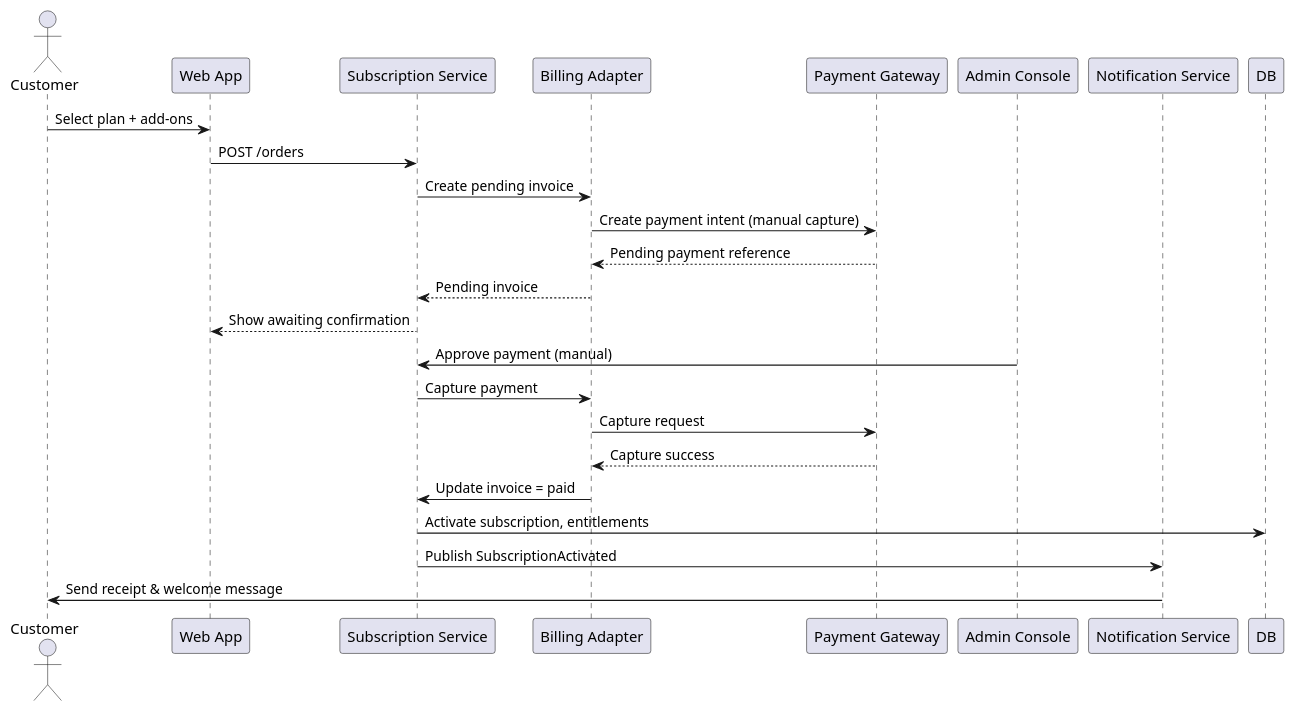
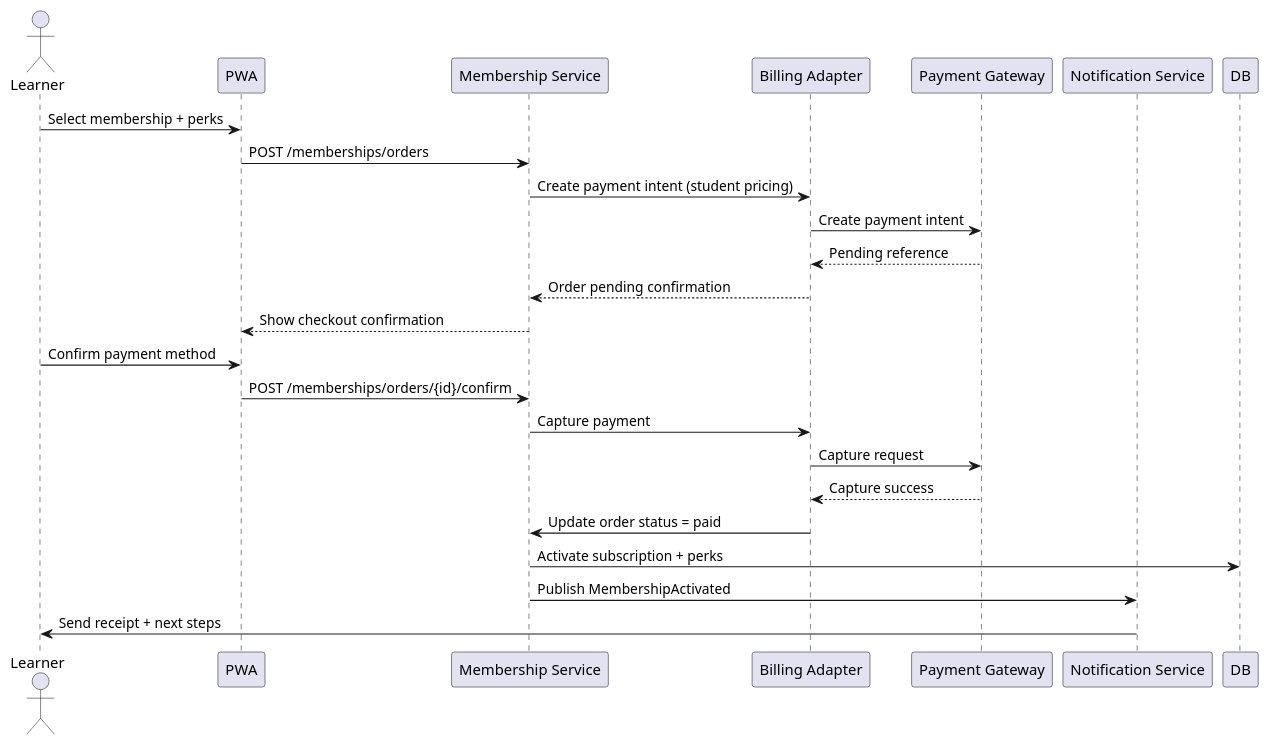
Before and after one commit to tuananh582/demoPT: the second of 5 diagrams in docs/05-LLD/SequenceDiagrams.md, drawn with PlantUML. The commit also changed other lines of this file and 52 other files, not shown here.

````diff
--- a/docs/05-LLD/SequenceDiagrams.md
+++ b/docs/05-LLD/SequenceDiagrams.md
@@ -26,27 +26,27 @@
 ```plantuml
 @startuml
-actor Customer
-participant "Web App" as UI
-participant "Subscription Service" as SUB
+actor Learner
+participant "PWA" as UI
+participant "Membership Service" as MEM
 participant "Billing Adapter" as BILL
 participant "Payment Gateway" as PAY
-participant "Admin Console" as ADMIN
 participant "Notification Service" as NOTIF
 
-Customer -> UI: Select plan + add-ons
-UI -> SUB: POST /orders
-SUB -> BILL: Create pending invoice
-BILL -> PAY: Create payment intent (manual capture)
-PAY --> BILL: Pending payment reference
-BILL --> SUB: Pending invoice
-SUB --> UI: Show awaiting confirmation
-ADMIN -> SUB: Approve payment (manual)
-SUB -> BILL: Capture payment
+Learner -> UI: Select membership + perks
+UI -> MEM: POST /memberships/orders
+MEM -> BILL: Create payment intent (student pricing)
+BILL -> PAY: Create payment intent
+PAY --> BILL: Pending reference
+BILL --> MEM: Order pending confirmation
+UI <-- MEM: Show checkout confirmation
+Learner -> UI: Confirm payment method
+UI -> MEM: POST /memberships/orders/{id}/confirm
+MEM -> BILL: Capture payment
 BILL -> PAY: Capture request
 PAY --> BILL: Capture success
-BILL -> SUB: Update invoice = paid
-SUB -> DB: Activate subscription, entitlements
-SUB -> NOTIF: Publish SubscriptionActivated
-NOTIF -> Customer: Send receipt & welcome message
+BILL -> MEM: Update order status = paid
+MEM -> DB: Activate subscription + perks
+MEM -> NOTIF: Publish MembershipActivated
+NOTIF -> Learner: Send receipt + next steps
 @enduml
 ```
````
